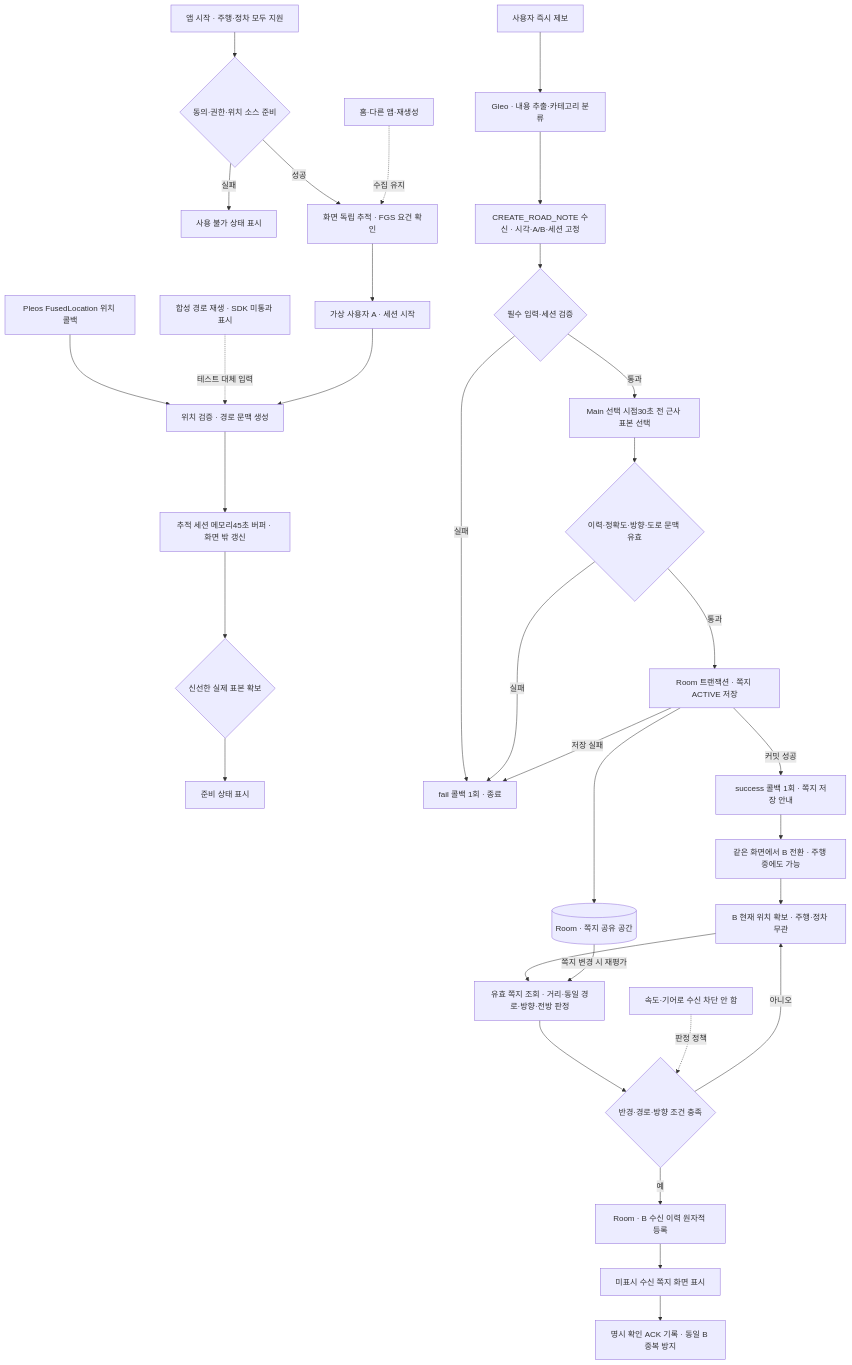
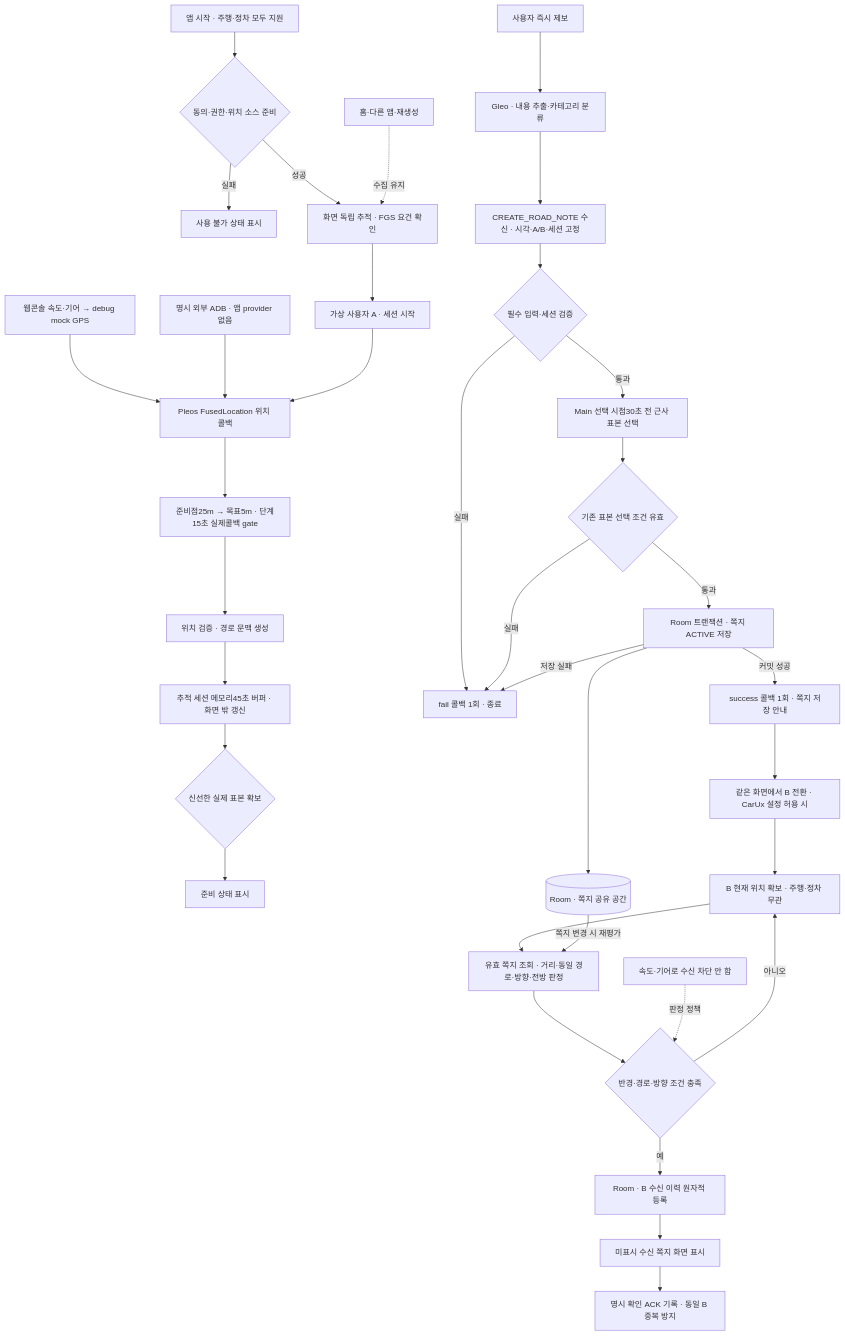
The first of 2 diagrams in docs/plans/implementation-plan.md (jin-kim-240204/hyundai-and-gretel), drawn with Mermaid before and after one commit. The commit also changed other lines of this file and 2 other files, not shown here.

````diff
--- a/docs/plans/implementation-plan.md
+++ b/docs/plans/implementation-plan.md
@@ -55,35 +55,39 @@
 ```mermaid
 flowchart TD
     Start[앱 시작 · 주행·정차 모두 지원] --> Gate{동의·권한·위치 소스 준비}
     Gate -->|실패| Block[사용 불가 상태 표시]
     Gate -->|성공| Tracking[화면 독립 추적 · FGS 요건 확인]
     Away[홈·다른 앱·재생성] -. 수집 유지 .-> Tracking
     Tracking --> Session[가상 사용자 A · 세션 시작]
-    SDK[Pleos FusedLocation 위치 콜백] --> Source[위치 검증 · 경로 문맥 생성]
-    Replay[합성 경로 재생 · SDK 미통과 표시] -. 테스트 대체 입력 .-> Source
-    Session --> Source
+    SDK[Pleos FusedLocation 위치 콜백]
+    Source[위치 검증 · 경로 문맥 생성]
+    Console[웹콘솔 속도·기어 → debug mock GPS] --> SDK
+    External[명시 외부 ADB · 앱 provider 없음] --> SDK
+    SDK --> CacheGate[준비점25m → 목표5m · 단계15초 실제콜백 gate]
+    CacheGate --> Source
+    Session --> SDK
     Source --> Buffer[추적 세션 메모리45초 버퍼 · 화면 밖 갱신]
     Buffer --> Ready{신선한 실제 표본 확보}
     Ready --> UI[준비 상태 표시]
     Voice[사용자 즉시 제보] --> Gleo[Gleo · 내용 추출·카테고리 분류]
     Gleo --> Receiver[CREATE_ROAD_NOTE 수신 · 시각·A/B·세션 고정]
     Receiver --> Validate{필수 입력·세션 검증}
     Validate -->|실패| Fail[fail 콜백 1회 · 종료]
     Validate -->|통과| Anchor[Main 선택 시점30초 전 근사 표본 선택]
-    Anchor --> Quality{이력·정확도·방향·도로 문맥 유효}
+    Anchor --> Quality{기존 표본 선택 조건 유효}
     Quality -->|실패| Fail
     Quality -->|통과| Tx[Room 트랜잭션 · 쪽지 ACTIVE 저장]
     Tx -->|저장 실패| Fail
     Tx -->|커밋 성공| Success[success 콜백 1회 · 쪽지 저장 안내]
     Tx --> DB[(Room · 쪽지 공유 공간)]
-    Success --> Switch[같은 화면에서 B 전환 · 주행 중에도 가능]
+    Success --> Switch[같은 화면에서 B 전환 · CarUx 설정 허용 시]
     Switch --> B[B 현재 위치 확보 · 주행·정차 무관]
     B --> Matcher[유효 쪽지 조회 · 거리·동일 경로·방향·전방 판정]
     DB -->|쪽지 변경 시 재평가| Matcher
     Matcher --> Match{반경·경로·방향 조건 충족}
     Match -->|아니오| B
     Policy[속도·기어로 수신 차단 안 함] -. 판정 정책 .-> Match
     Match -->|예| Receipt[Room · B 수신 이력 원자적 등록]
     Receipt --> Display[미표시 수신 쪽지 화면 표시]
     Display --> Mark[명시 확인 ACK 기록 · 동일 B 중복 방지]
 ```
````
